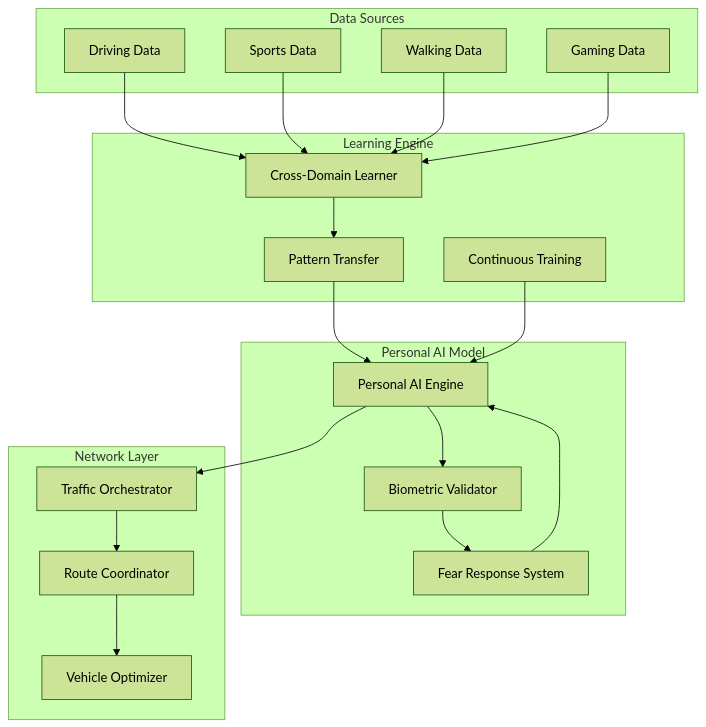
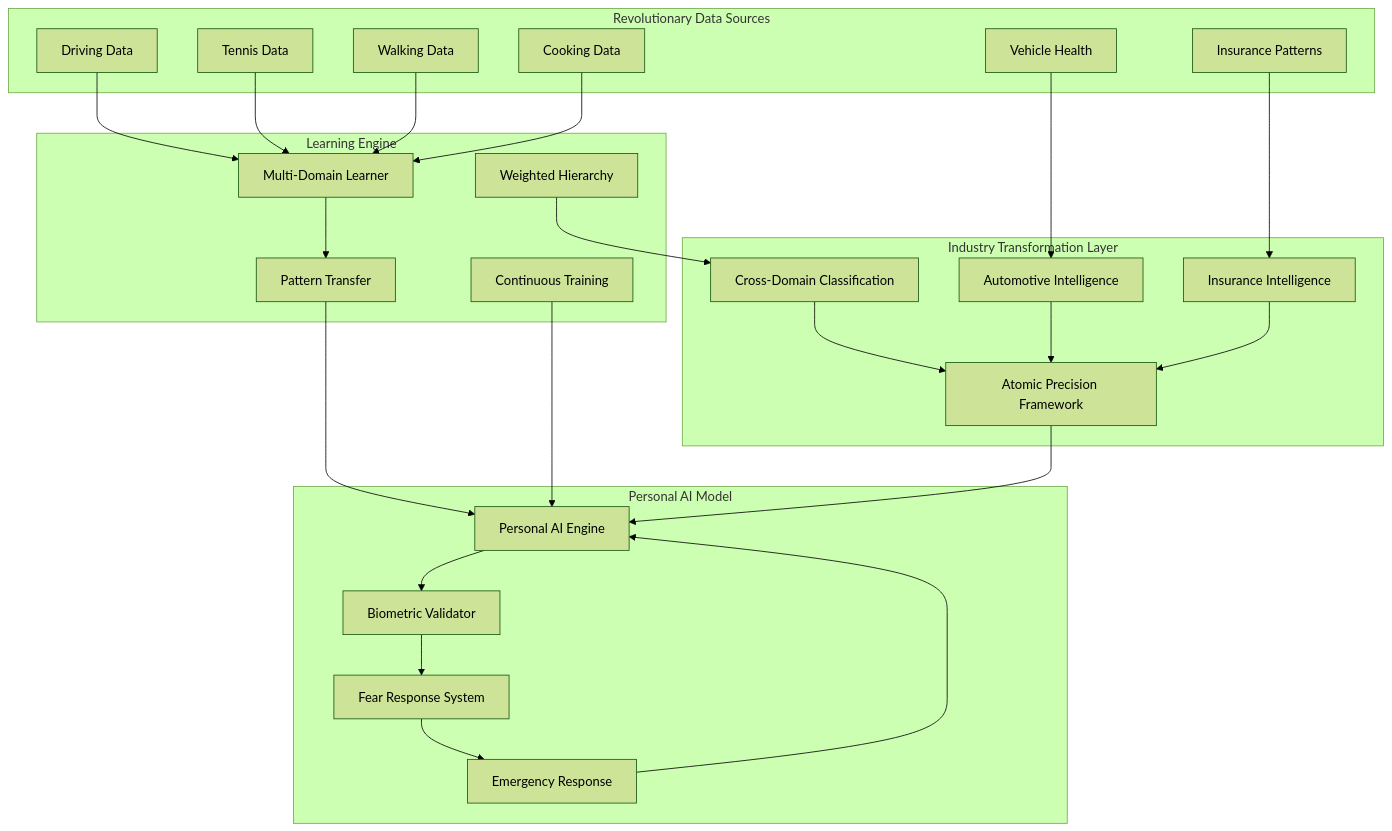
One commit to fullscreen-triangle/verum changed the diagram in README.md. Above: the diagram before and after it, drawn with Mermaid (forest theme). The commit also changed other lines of this file, not shown here.

````diff
--- a/README.md
+++ b/README.md
@@ -179,44 +285,54 @@
 ```mermaid
 graph TB
+    subgraph "Industry Transformation Layer"
+        AI[Automotive Intelligence]
+        II[Insurance Intelligence]
+        CD[Cross-Domain Classification]
+        AP[Atomic Precision Framework]
+    end
+    
     subgraph "Personal AI Model"
         PA[Personal AI Engine]
         BV[Biometric Validator]
         FR[Fear Response System]
+        ER[Emergency Response]
     end
     
     subgraph "Learning Engine"
-        CD[Cross-Domain Learner]
+        MDL[Multi-Domain Learner]
         PT[Pattern Transfer]
         CT[Continuous Training]
+        WH[Weighted Hierarchy]
     end
     
-    subgraph "Network Layer"
-        TO[Traffic Orchestrator]
-        RC[Route Coordinator]
-        VO[Vehicle Optimizer]
+    subgraph "Revolutionary Data Sources"
+        DR[Driving Data]
+        SP[Tennis Data]
+        WK[Walking Data]
+        CK[Cooking Data]
+        VH[Vehicle Health]
+        IN[Insurance Patterns]
     end
     
-    subgraph "Data Sources"
-        DR[Driving Data]
-        SP[Sports Data]
-        WK[Walking Data]
-        GM[Gaming Data]
-    end
+    DR --> MDL
+    SP --> MDL
+    WK --> MDL
+    CK --> MDL
+    VH --> AI
+    IN --> II
     
-    DR --> CD
-    SP --> CD
-    WK --> CD
-    GM --> CD
-    
-    CD --> PT
+    MDL --> PT
     PT --> PA
+    WH --> CD
     CT --> PA
     
     PA --> BV
     BV --> FR
-    FR --> PA
+    FR --> ER
+    ER --> PA
     
-    PA --> TO
-    TO --> RC
-    RC --> VO
+    AI --> AP
+    II --> AP
+    CD --> AP
+    AP --> PA
 ```
````
